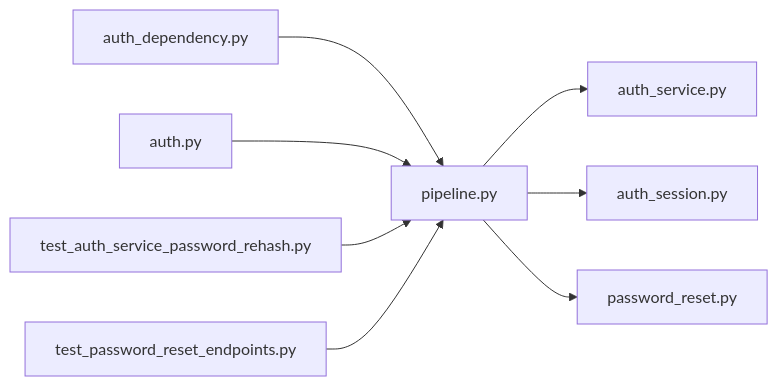
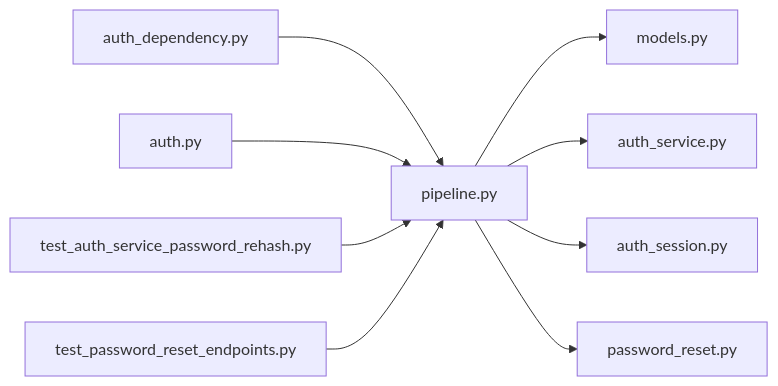
One commit to minkong-dev/Banblit changed the diagram in .cluedoc/graph/backend/src/backend/services/auth/pipeline.md. Above: the diagram before and after it, drawn with Mermaid. The commit also changed other lines of this file and 50 other files, not shown here.

First line of the commit message:
backend: keep tunable limits and call order in each module's pipeline

````diff
--- a/.cluedoc/graph/backend/src/backend/services/auth/pipeline.md
+++ b/.cluedoc/graph/backend/src/backend/services/auth/pipeline.md
@@ -10,11 +10,12 @@
 ```mermaid
 flowchart LR
   backend_src_backend_services_auth_pipeline["pipeline.py"]
+  backend_src_backend_services_auth_pipeline --> backend_src_backend_db_models["models.py"]
   backend_src_backend_services_auth_pipeline --> backend_src_backend_services_auth_auth_service["auth_service.py"]
   backend_src_backend_services_auth_pipeline --> backend_src_backend_services_auth_auth_session["auth_session.py"]
   backend_src_backend_services_auth_pipeline --> backend_src_backend_services_auth_password_reset["password_reset.py"]
   backend_src_backend_api_auth_dependency["auth_dependency.py"] --> backend_src_backend_services_auth_pipeline
   backend_src_backend_api_routers_auth["auth.py"] --> backend_src_backend_services_auth_pipeline
   backend_tests_integration_db_test_auth_service_password_rehash["test_auth_service_password_rehash.py"] --> backend_src_backend_services_auth_pipeline
   backend_tests_integration_db_test_password_reset_endpoints["test_password_reset_endpoints.py"] --> backend_src_backend_services_auth_pipeline
 ```
````
